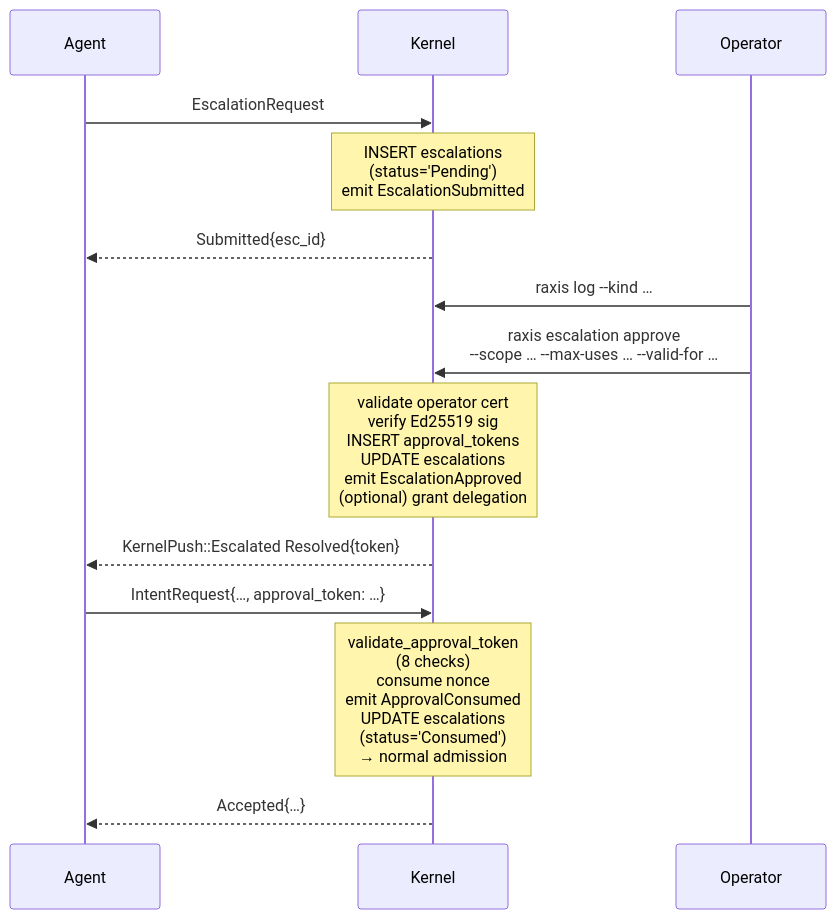
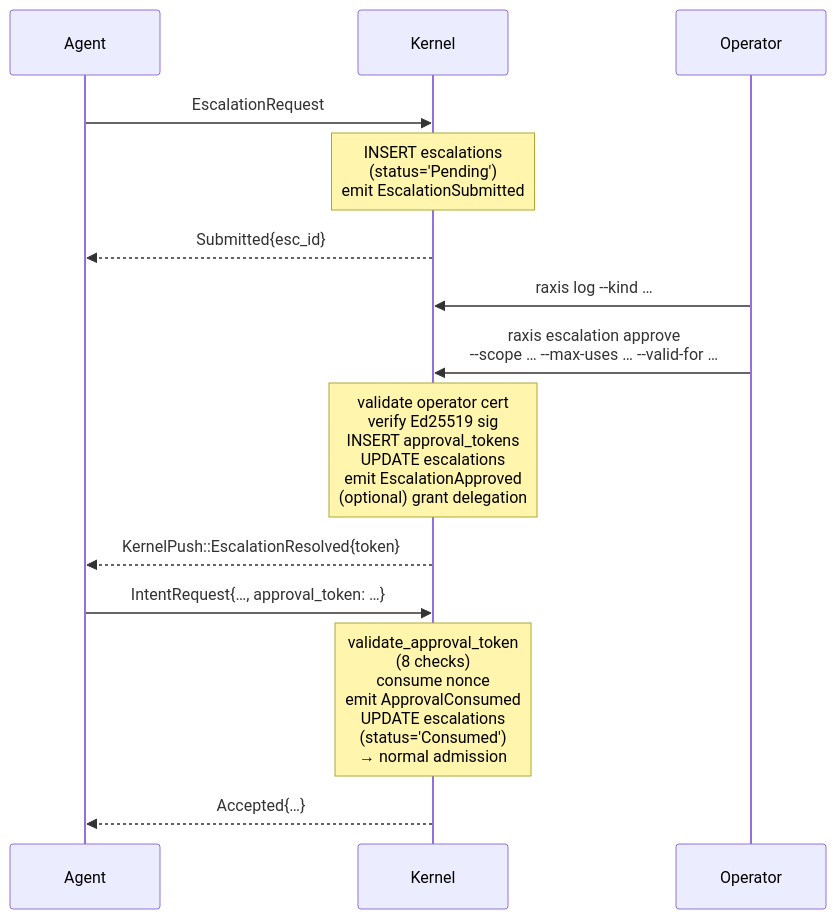
One commit to chika5105/raxis changed the diagram in raxis/raxis-concepts/07-escalations.md. Above: the diagram before and after it, drawn with Mermaid. The commit also changed other lines of this file and 276 other files, not shown here.

````diff
--- a/raxis/raxis-concepts/07-escalations.md
+++ b/raxis/raxis-concepts/07-escalations.md
@@ -333,19 +328,19 @@
 ```mermaid
 sequenceDiagram
     participant Agent
     participant Kernel
     participant Operator
 
     Agent->>Kernel: EscalationRequest
     Note over Kernel: INSERT escalations<br/>(status='Pending')<br/>emit EscalationSubmitted
     Kernel-->>Agent: Submitted{esc_id}
     
     Operator->>Kernel: raxis log --kind …
     Operator->>Kernel: raxis escalation approve<br/>--scope … --max-uses … --valid-for …
     Note over Kernel: validate operator cert<br/>verify Ed25519 sig<br/>INSERT approval_tokens<br/>UPDATE escalations<br/>emit EscalationApproved<br/>(optional) grant delegation
-    Kernel-->>Agent: KernelPush::Escalated Resolved{token}
+    Kernel-->>Agent: KernelPush::EscalationResolved{token}
     
     Agent->>Kernel: IntentRequest{…, approval_token: …}
     Note over Kernel: validate_approval_token<br/>(8 checks)<br/>consume nonce<br/>emit ApprovalConsumed<br/>UPDATE escalations<br/>(status='Consumed')<br/>→ normal admission
     Kernel-->>Agent: Accepted{…}
 ```
````
